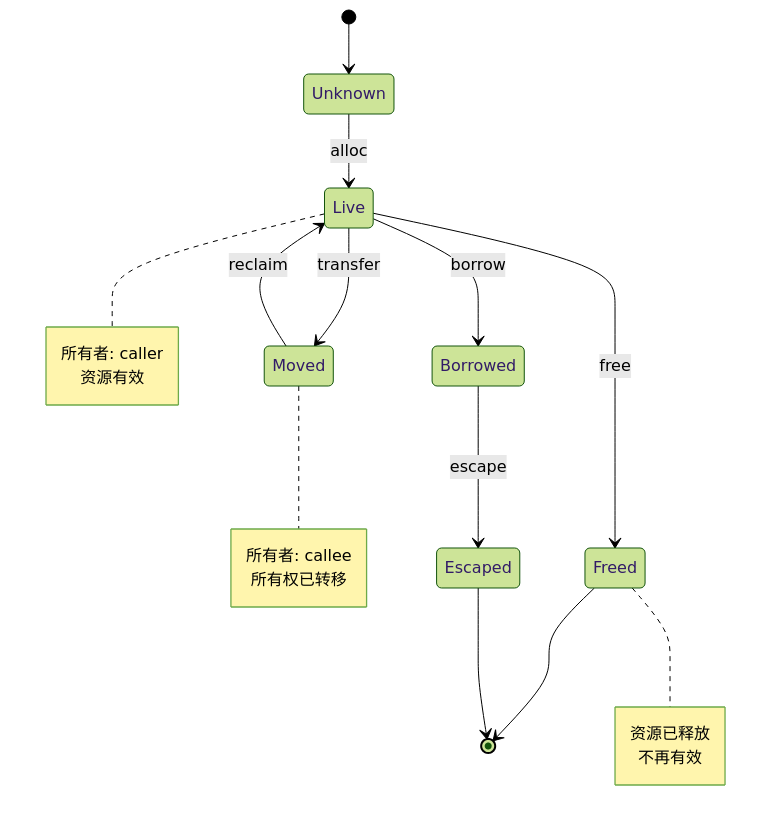
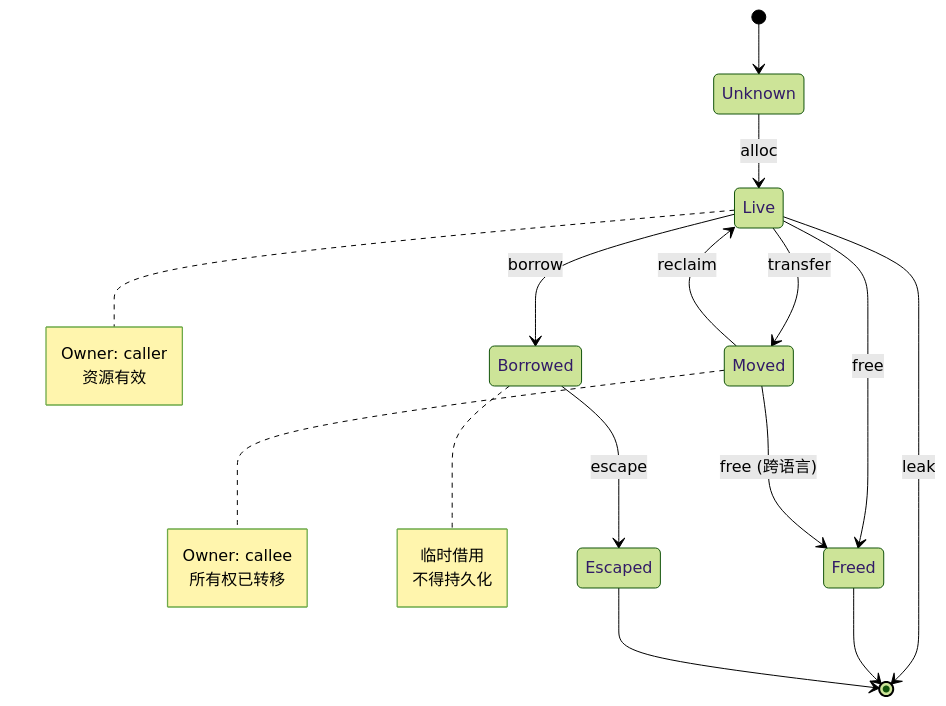
The fourth of 4 diagrams in README_zh.md (Timwood0x10/OmniScope), drawn with Mermaid (forest theme) before and after one commit. The commit also changed other lines of this file and 9 other files, not shown here.

````diff
--- a/README_zh.md
+++ b/README_zh.md
@@ -219,29 +212,31 @@
 ```mermaid
 stateDiagram-v2
     [*] --> Unknown
-    
+
     Unknown --> Live: alloc
     Live --> Freed: free
     Live --> Moved: transfer
     Live --> Borrowed: borrow
     Moved --> Live: reclaim
     Borrowed --> Escaped: escape
-    
+    Live --> [*]: leak
+
     Freed --> [*]
     Escaped --> [*]
-    
+    Moved --> Freed: free (跨语言)
+
     note right of Live
-        所有者: caller
+        Owner: caller
         资源有效
     end note
-    
+
     note right of Moved
-        所有者: callee
+        Owner: callee
         所有权已转移
     end note
-    
-    note right of Freed
-        资源已释放
-        不再有效
+
+    note right of Borrowed
+        临时借用
+        不得持久化
     end note
 ```
````
